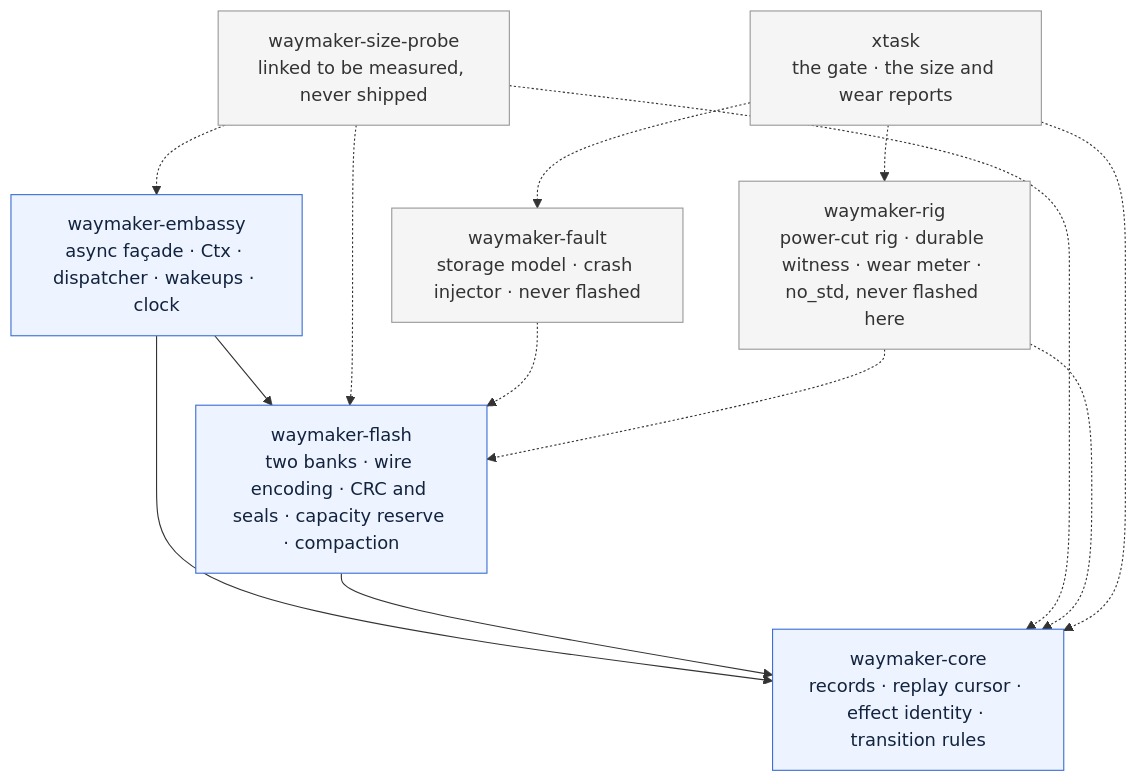
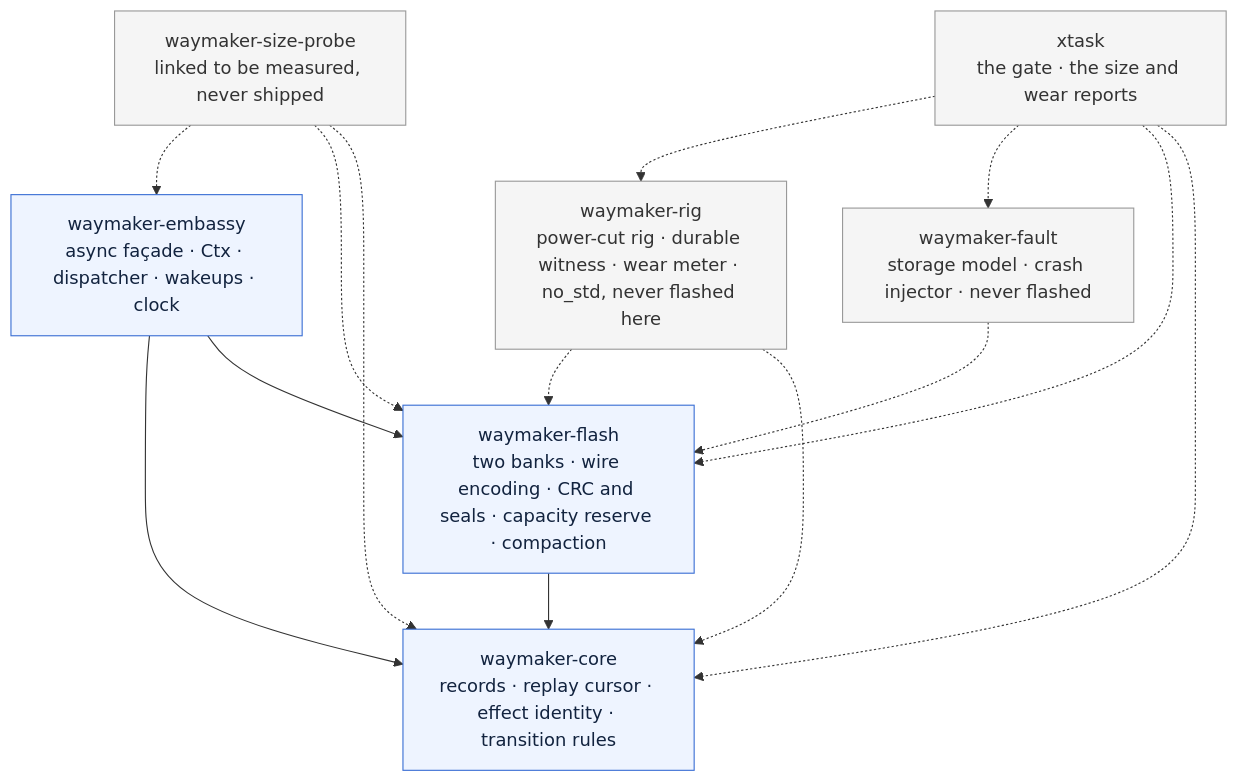
Before and after one commit to madmax983/waymaker: the first of 11 diagrams in docs/architecture.md, drawn with Mermaid. The commit also changed other lines of this file and 25 other files, not shown here.

````diff
--- a/docs/architecture.md
+++ b/docs/architecture.md
@@ -48,29 +50,30 @@
 ```mermaid
 graph TD
   waymaker-embassy["waymaker-embassy<br/>async façade · Ctx · dispatcher · wakeups · clock"]
   waymaker-flash["waymaker-flash<br/>two banks · wire encoding · CRC and seals · capacity reserve · compaction"]
   waymaker-core["waymaker-core<br/>records · replay cursor · effect identity · transition rules"]
   waymaker-size-probe["waymaker-size-probe<br/>linked to be measured, never shipped"]
   waymaker-fault["waymaker-fault<br/>storage model · crash injector · never flashed"]
   waymaker-rig["waymaker-rig<br/>power-cut rig · durable witness · wear meter · no_std, never flashed here"]
   xtask["xtask<br/>the gate · the size and wear reports"]
 
   waymaker-embassy --> waymaker-core
   waymaker-embassy --> waymaker-flash
   waymaker-flash --> waymaker-core
 
   waymaker-size-probe -.-> waymaker-embassy
   waymaker-size-probe -.-> waymaker-flash
   waymaker-size-probe -.-> waymaker-core
   waymaker-fault -.-> waymaker-flash
   waymaker-rig -.-> waymaker-flash
   waymaker-rig -.-> waymaker-core
   xtask -.-> waymaker-rig
   xtask -.-> waymaker-fault
+  xtask -.-> waymaker-flash
   xtask -.-> waymaker-core
 
   classDef layer fill:#eef4ff,stroke:#3b6fd4,color:#12233f;
   classDef tool fill:#f5f5f5,stroke:#999999,color:#333333;
   class waymaker-embassy,waymaker-flash,waymaker-core layer;
   class waymaker-size-probe,waymaker-fault,waymaker-rig,xtask tool;
 ```
````
